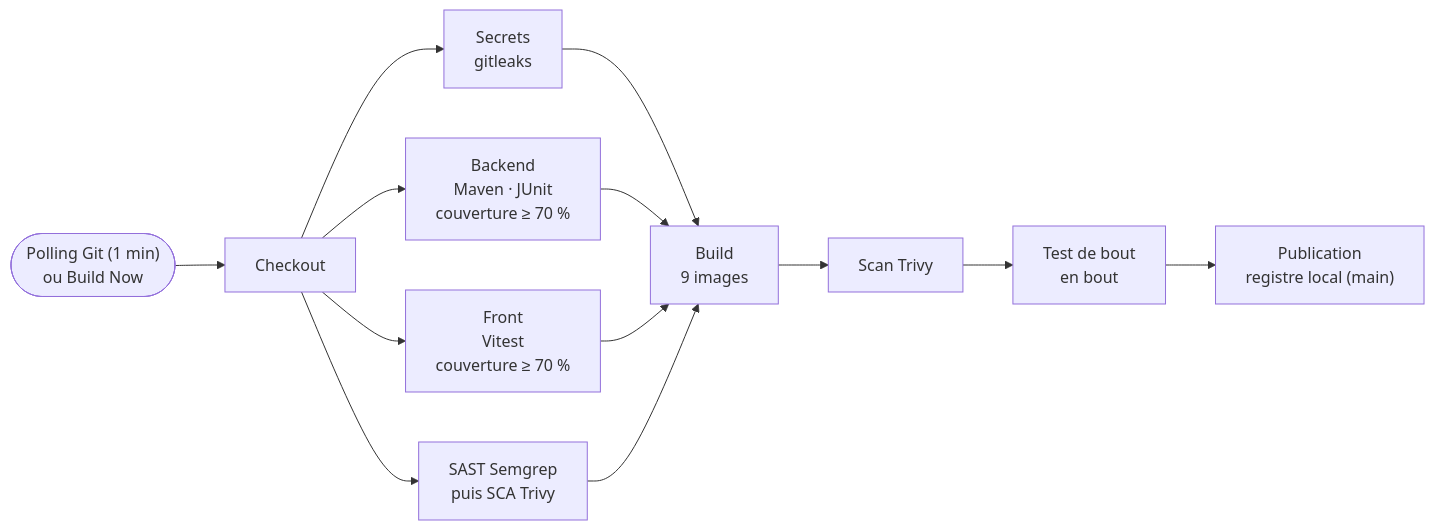
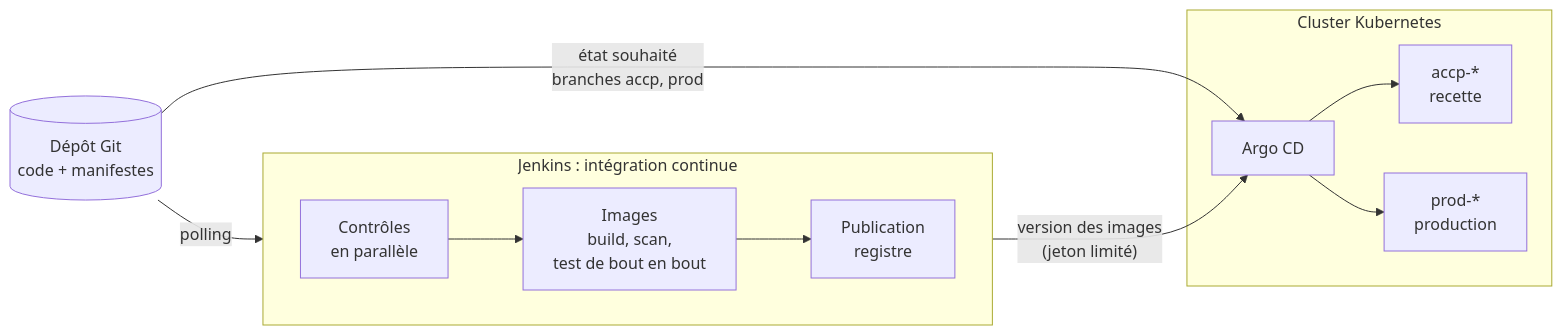
Before and after one commit to ALD3X/CESI_B3_Collab: the diagram in docs/cicd/demo-jenkins-argocd.md, drawn with Mermaid. The commit also changed other lines of this file and 10 other files, not shown here.

Commit message:
docs: comparaison CI/CD GitHub Actions contre Jenkins + Argo CD (GitOps)

````diff
--- a/docs/cicd/demo-jenkins-argocd.md
+++ b/docs/cicd/demo-jenkins-argocd.md
@@ -24,10 +44,15 @@
 ```mermaid
 flowchart LR
-    E(["Polling Git (1 min)<br/>ou Build Now"]) --> CO["Checkout"]
-    CO --> S & B & F & A
-    S["Secrets<br/>gitleaks"]
-    B["Backend<br/>Maven · JUnit<br/>couverture ≥ 70 %"]
-    F["Front<br/>Vitest<br/>couverture ≥ 70 %"]
-    A["SAST Semgrep<br/>puis SCA Trivy"]
-    S & B & F & A --> BI["Build<br/>9 images"] --> V["Scan Trivy"] --> SM["Test de bout<br/>en bout"] --> P["Publication<br/>registre local (main)"]
+    G[("Dépôt Git<br/>code + manifestes")]
+    subgraph J["Jenkins : intégration continue"]
+      direction LR
+      C["Contrôles<br/>en parallèle"] --> I["Images<br/>build, scan,<br/>test de bout en bout"] --> P["Publication<br/>registre"]
+    end
+    subgraph K["Cluster Kubernetes"]
+      A["Argo CD"] --> R["accp-*<br/>recette"]
+      A --> PR["prod-*<br/>production"]
+    end
+    G -- "polling" --> J
+    P -- "version des images<br/>(jeton limité)" --> A
+    G -- "état souhaité<br/>branches accp, prod" --> A
 ```
````
